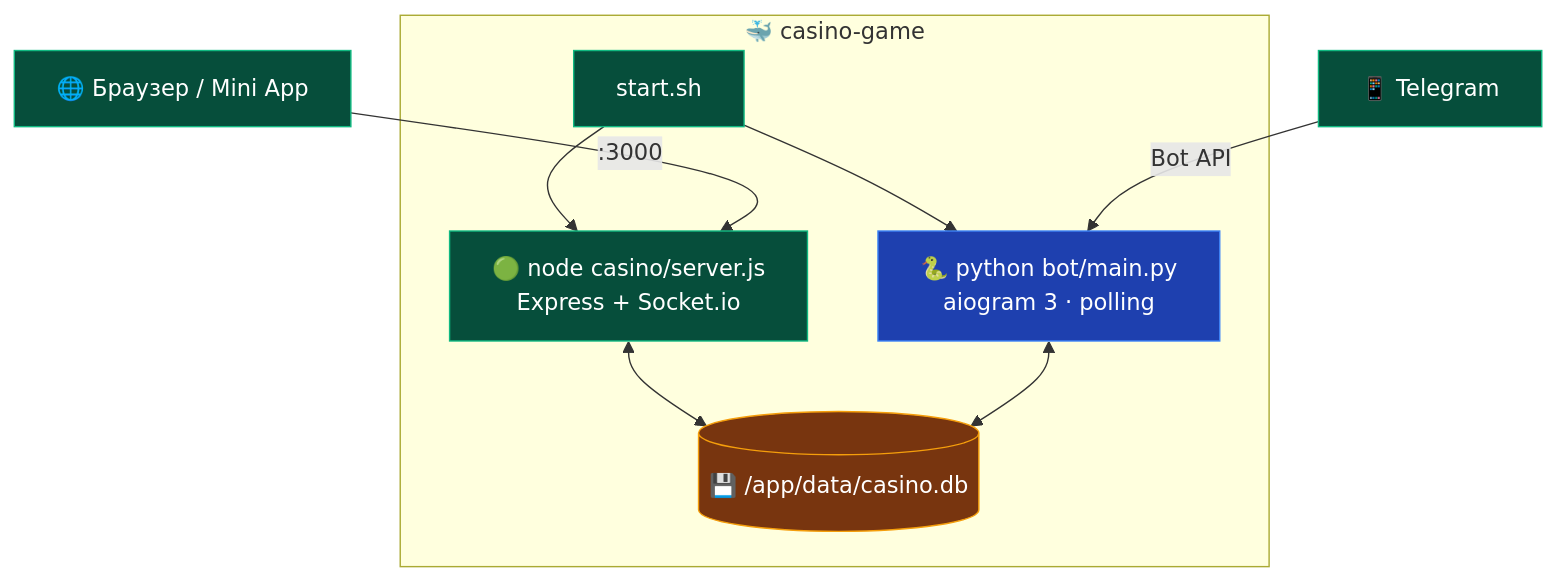
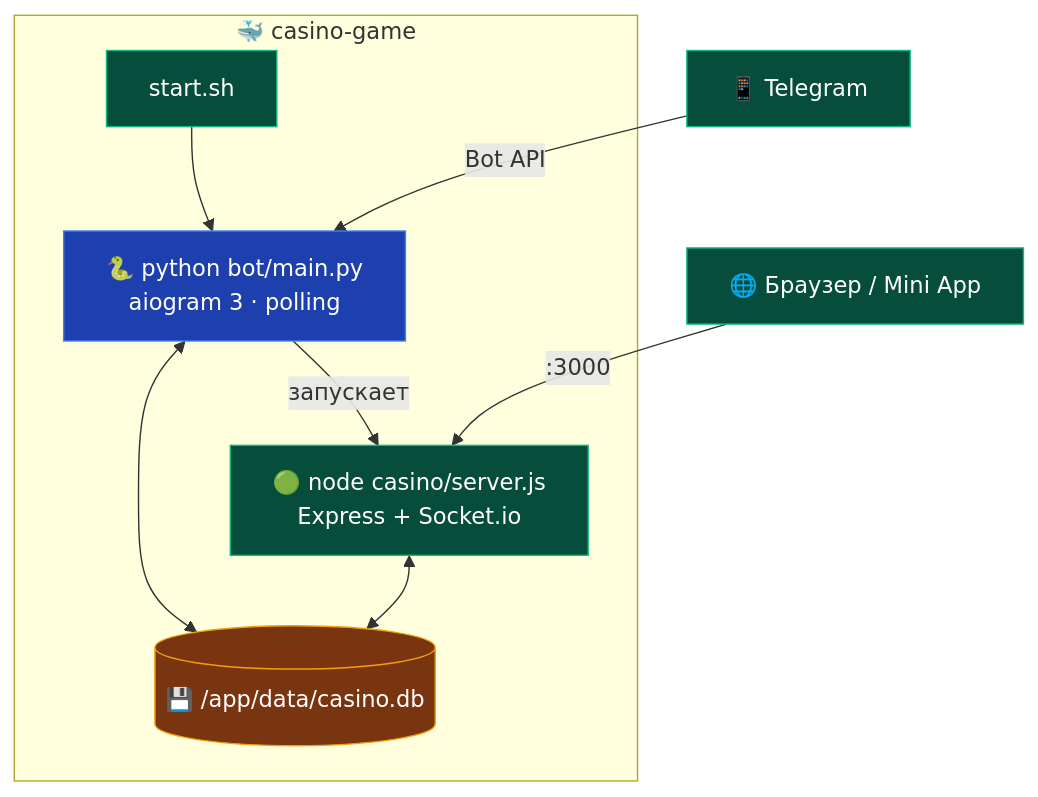
The diagram in DEPLOY.md (JamikKhidirov/CasinoGame), drawn with Mermaid before and after one commit. The commit also changed other lines of this file and 16 other files, not shown here.

````diff
--- a/DEPLOY.md
+++ b/DEPLOY.md
@@ -72,22 +72,22 @@
 ```mermaid
 flowchart TB
     subgraph C["🐳 casino-game"]
         SH["start.sh"]
+        P["🐍 python bot/main.py<br/>aiogram 3 · polling"]
         N["🟢 node casino/server.js<br/>Express + Socket.io"]
-        P["🐍 python bot/main.py<br/>aiogram 3 · polling"]
         DB[("💾 /app/data/casino.db")]
-        SH --> N
         SH --> P
+        P -->|запускает| N
         N <--> DB
         P <--> DB
     end
     WEB["🌐 Браузер / Mini App"] -->|:3000| N
     TG["📱 Telegram"] -->|Bot API| P
 
     classDef node fill:#064e3b,stroke:#10b981,color:#fff
     classDef py fill:#1e40af,stroke:#3b82f6,color:#fff
     classDef db fill:#78350f,stroke:#f59e0b,color:#fff
     class N node
     class P py
     class DB db
 ```
````
